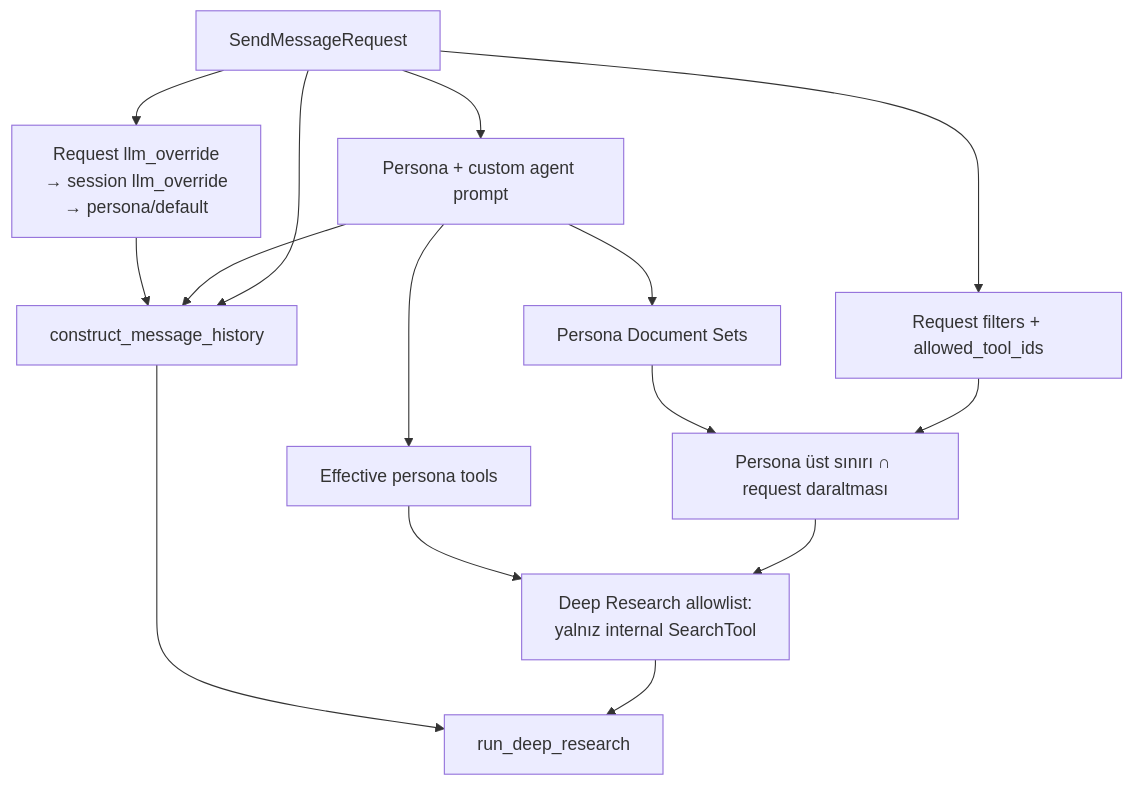
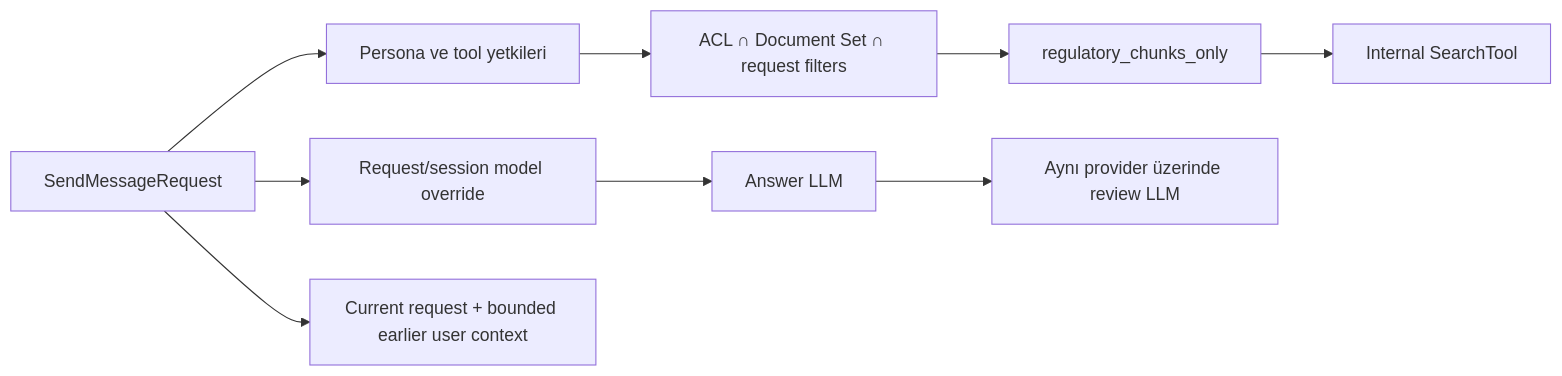
The second of 3 diagrams in docs/deep-research-workflow.md (atezsoftware/customs-regulations-chatbot), drawn with Mermaid before and after one commit. The commit also changed other lines of this file, not shown here.

Commit message:
docs: document regulatory chat workflow

````diff
--- a/docs/deep-research-workflow.md
+++ b/docs/deep-research-workflow.md
@@ -98,17 +99,11 @@
 ```mermaid
-flowchart TB
-    REQ["SendMessageRequest"] --> MODEL["Request llm_override<br/>→ session llm_override<br/>→ persona/default"]
-    REQ --> PERSONA["Persona + custom agent prompt"]
-    REQ --> FILTERS["Request filters + allowed_tool_ids"]
-    PERSONA --> TOOLS["Effective persona tools"]
-    TOOLS --> ONLY["Deep Research allowlist:<br/>yalnız internal SearchTool"]
-    PERSONA --> SETS["Persona Document Sets"]
-    SETS --> INTERSECT["Persona üst sınırı ∩ request daraltması"]
-    FILTERS --> INTERSECT
-    INTERSECT --> ONLY
-    MODEL --> HISTORY["construct_message_history"]
-    PERSONA --> HISTORY
-    REQ --> HISTORY
-    HISTORY --> DR["run_deep_research"]
-    ONLY --> DR
+flowchart LR
+    REQ["SendMessageRequest"] --> PERSONA["Persona ve tool yetkileri"]
+    REQ --> OVERRIDE["Request/session model override"]
+    PERSONA --> FILTER["ACL ∩ Document Set ∩ request filters"]
+    FILTER --> REG["regulatory_chunks_only"]
+    REG --> SEARCH["Internal SearchTool"]
+    OVERRIDE --> ANSWER["Answer LLM"]
+    ANSWER --> REVIEW["Aynı provider üzerinde review LLM"]
+    REQ --> HISTORY["Current request + bounded earlier user context"]
 ```
````
